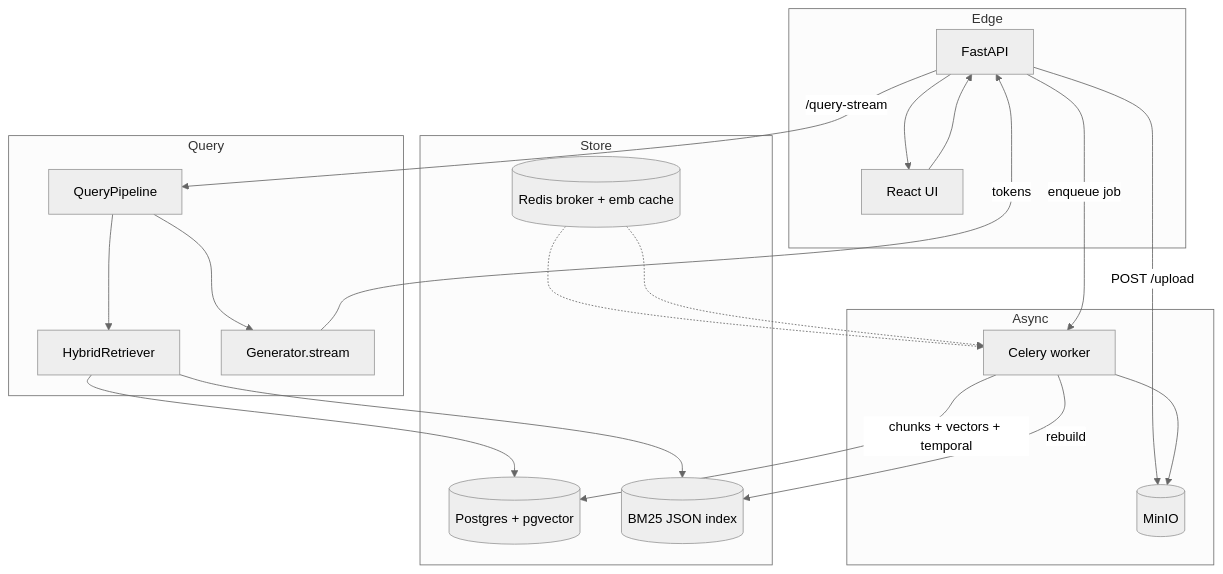
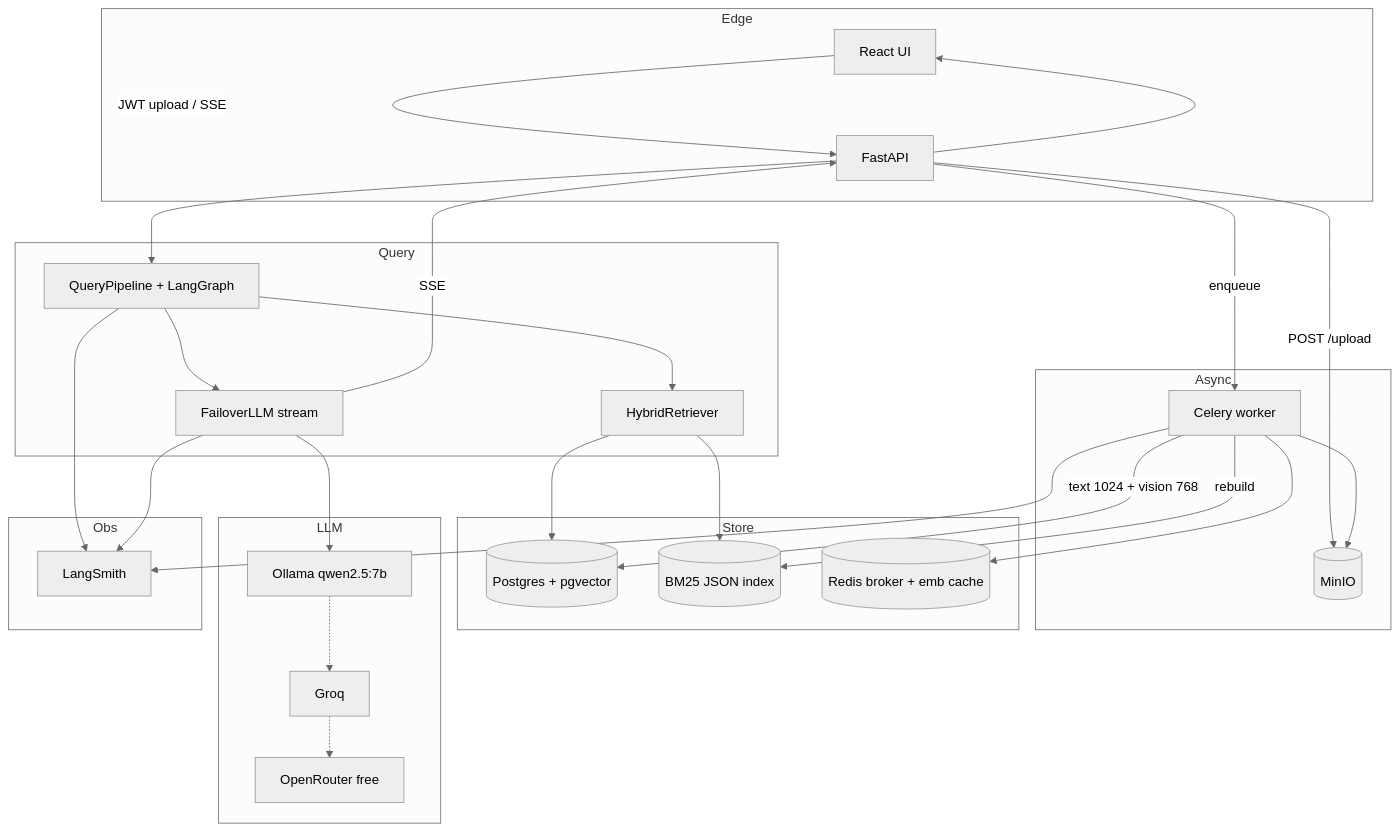
One commit to Sathvik33/OmniMind changed the first of 2 diagrams in backend/README.md. Above: the diagram before and after it, drawn with Mermaid (neutral theme). The commit also changed other lines of this file and 37 other files, not shown here.

Commit message:
Add FailoverLLM, typed pgvector columns, SSE streaming, critical-path tests

````diff
--- a/backend/README.md
+++ b/backend/README.md
@@ -61,37 +63,50 @@
 ```mermaid
 flowchart TB
   subgraph Edge
+    UI[React UI]
     API[FastAPI]
-    UI[React UI]
   end
   subgraph Async
     Celery[Celery worker]
     MinIO[(MinIO)]
   end
   subgraph Store
     PG[(Postgres + pgvector)]
     BM25[(BM25 JSON index)]
     Redis[(Redis broker + emb cache)]
   end
   subgraph Query
-    QP[QueryPipeline]
+    QP[QueryPipeline + LangGraph]
     HY[HybridRetriever]
-    GEN[Generator.stream]
+    GEN[FailoverLLM stream]
+  end
+  subgraph LLM
+    Qwen[Ollama qwen2.5:7b]
+    Groq[Groq]
+    OR[OpenRouter free]
+  end
+  subgraph Obs
+    LS[LangSmith]
   end
 
-  UI --> API
+  UI -->|JWT upload / SSE| API
   API -->|POST /upload| MinIO
-  API -->|enqueue job| Celery
+  API -->|enqueue| Celery
+  Celery --> Redis
   Celery --> MinIO
-  Celery -->|chunks + vectors + temporal| PG
+  Celery -->|text 1024 + vision 768| PG
   Celery -->|rebuild| BM25
-  API -->|/query-stream| QP
+  API --> QP
   QP --> HY
   HY --> PG
   HY --> BM25
   QP --> GEN
-  GEN -->|tokens| API
+  GEN --> Qwen
+  Qwen -.-> Groq
+  Groq -.-> OR
+  GEN -->|SSE| API
   API --> UI
-  Redis -.-> Celery
-  Redis -.-> Celery
+  QP --> LS
+  Celery --> LS
+  GEN --> LS
 ```
````
